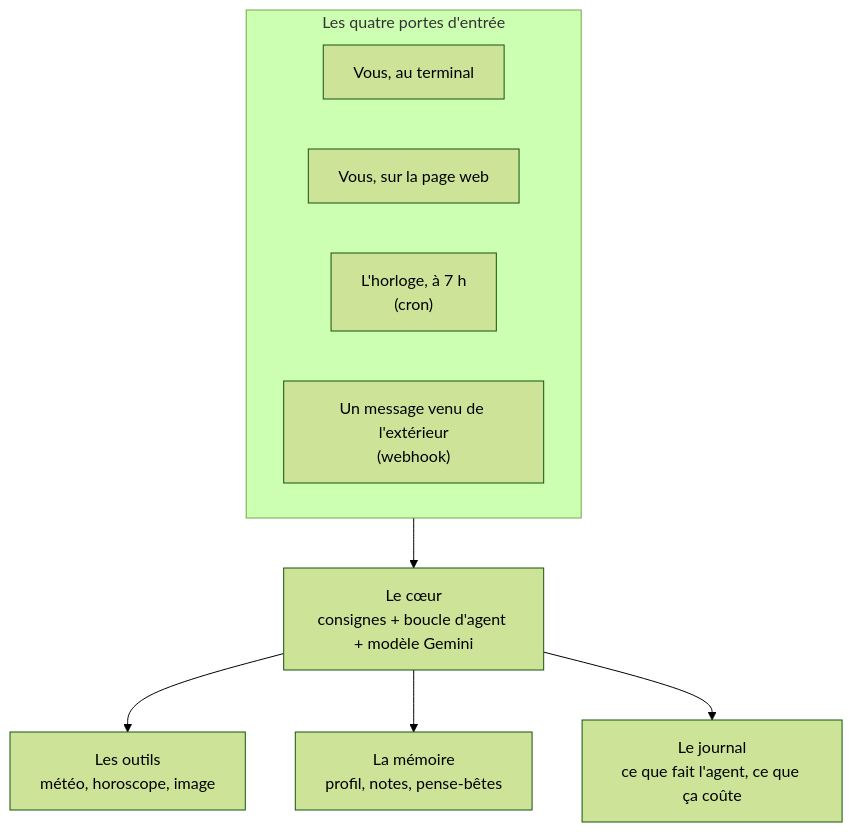
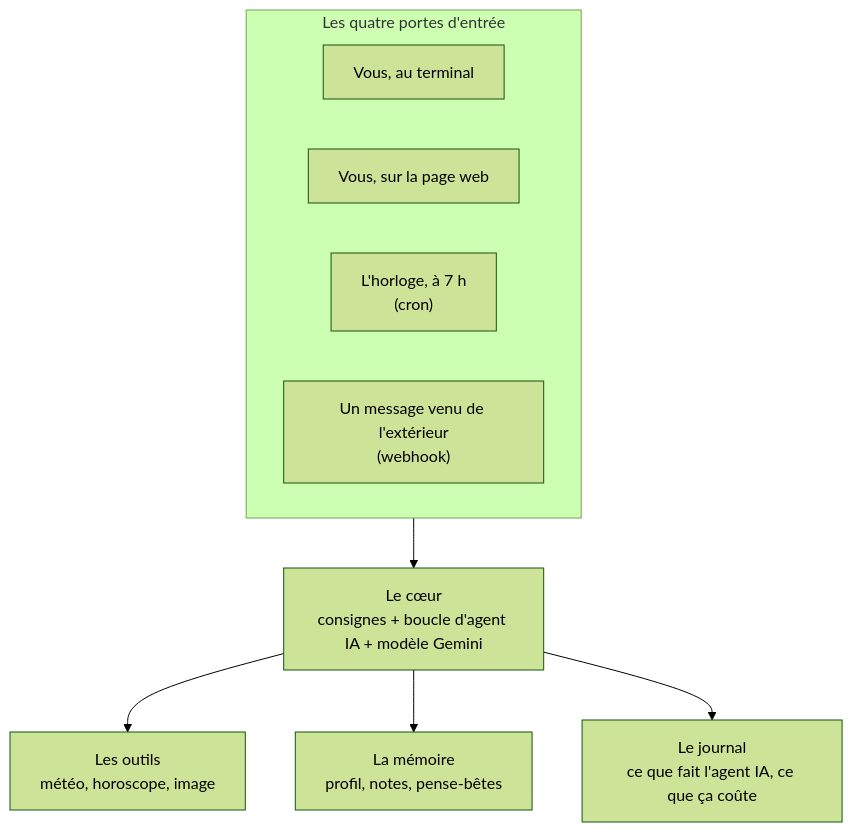
One commit to lecinquiemejour-code/goodvibe-tuto changed the third of 4 diagrams in README.md. Above: the diagram before and after it, drawn with Mermaid (forest theme). The commit also changed other lines of this file, not shown here.

Commit message:
docs(readme): définition de l'agent IA (autonomie, déclencheurs, mémoire) avec schéma de synthèse ; « agent IA » et « agent de codage », jamais « agent » seul

````diff
--- a/README.md
+++ b/README.md
@@ -74,13 +92,13 @@
 ```mermaid
 flowchart TD
     subgraph E["Les quatre portes d'entrée"]
         T1["Vous, au terminal"]
         T2["Vous, sur la page web"]
         T3["L'horloge, à 7 h<br/>(cron)"]
         T4["Un message venu de l'extérieur<br/>(webhook)"]
     end
-    E --> C["Le cœur<br/>consignes + boucle d'agent + modèle Gemini"]
+    E --> C["Le cœur<br/>consignes + boucle d'agent IA + modèle Gemini"]
     C --> O["Les outils<br/>météo, horoscope, image"]
     C --> MEM["La mémoire<br/>profil, notes, pense-bêtes"]
-    C --> JR["Le journal<br/>ce que fait l'agent, ce que ça coûte"]
+    C --> JR["Le journal<br/>ce que fait l'agent IA, ce que ça coûte"]
 ```
````
